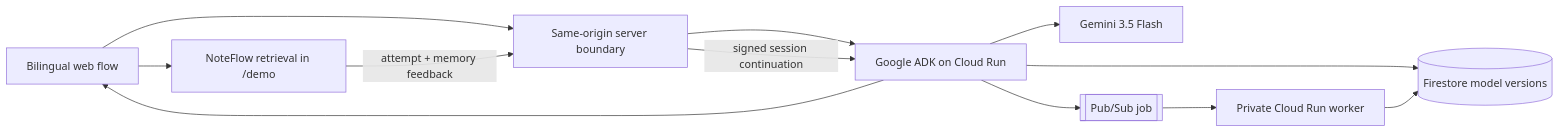
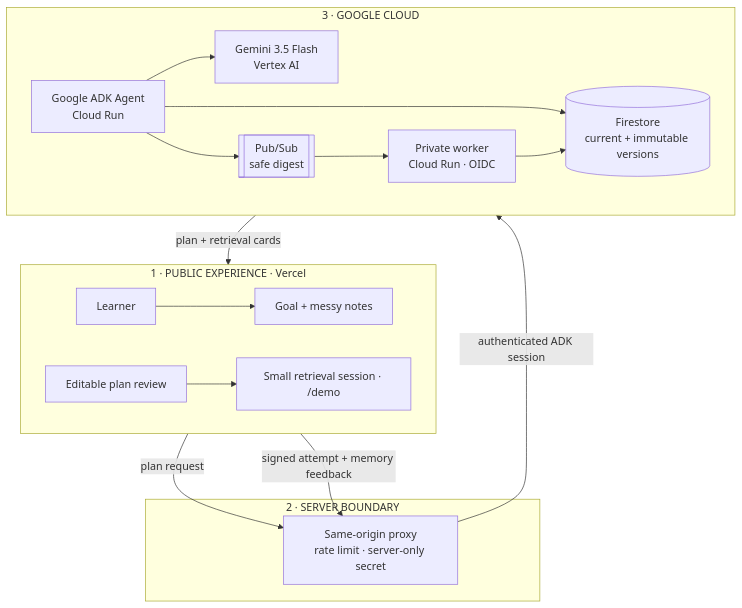
Before and after one commit to Dollars7/NoteFlow-Agent-Hackathon-2026: the first of 2 diagrams in README.md, drawn with Mermaid. The commit also changed other lines of this file and 1 other file, not shown here.

Commit message:
docs: clarify architecture flows

````diff
--- a/README.md
+++ b/README.md
@@ -166,14 +166,26 @@
 ```mermaid
-flowchart LR
-    Web["Bilingual web flow"] --> Proxy["Same-origin server boundary"]
-    Proxy --> API["Google ADK on Cloud Run"]
-    API --> Gemini["Gemini 3.5 Flash"]
-    API --> Firestore[("Firestore model versions")]
-    API --> PubSub[["Pub/Sub job"]]
-    PubSub --> Worker["Private Cloud Run worker"]
-    Worker --> Firestore
-    API --> Web
-    Web --> Practice["NoteFlow retrieval in /demo"]
-    Practice -->|"attempt + memory feedback"| Proxy
-    Proxy -->|"signed session continuation"| API
+flowchart TB
+    subgraph Public["1 · PUBLIC EXPERIENCE · Vercel"]
+        direction LR
+        Learner["Learner"] --> Web["Goal + messy notes"]
+        Review["Editable plan review"] --> Practice["Small retrieval session · /demo"]
+    end
+
+    subgraph Boundary["2 · SERVER BOUNDARY"]
+        Proxy["Same-origin proxy<br/>rate limit · server-only secret"]
+    end
+
+    subgraph Cloud["3 · GOOGLE CLOUD"]
+        direction LR
+        Agent["Google ADK Agent<br/>Cloud Run"] --> Gemini["Gemini 3.5 Flash<br/>Vertex AI"]
+        Agent --> Firestore[("Firestore<br/>current + immutable versions")]
+        Agent --> PubSub[["Pub/Sub<br/>safe digest"]]
+        PubSub --> Worker["Private worker<br/>Cloud Run · OIDC"]
+        Worker --> Firestore
+    end
+
+    Web -->|"plan request"| Proxy
+    Proxy -->|"authenticated ADK session"| Agent
+    Agent -->|"plan + retrieval cards"| Review
+    Practice -->|"signed attempt + memory feedback"| Proxy
 ```
````
